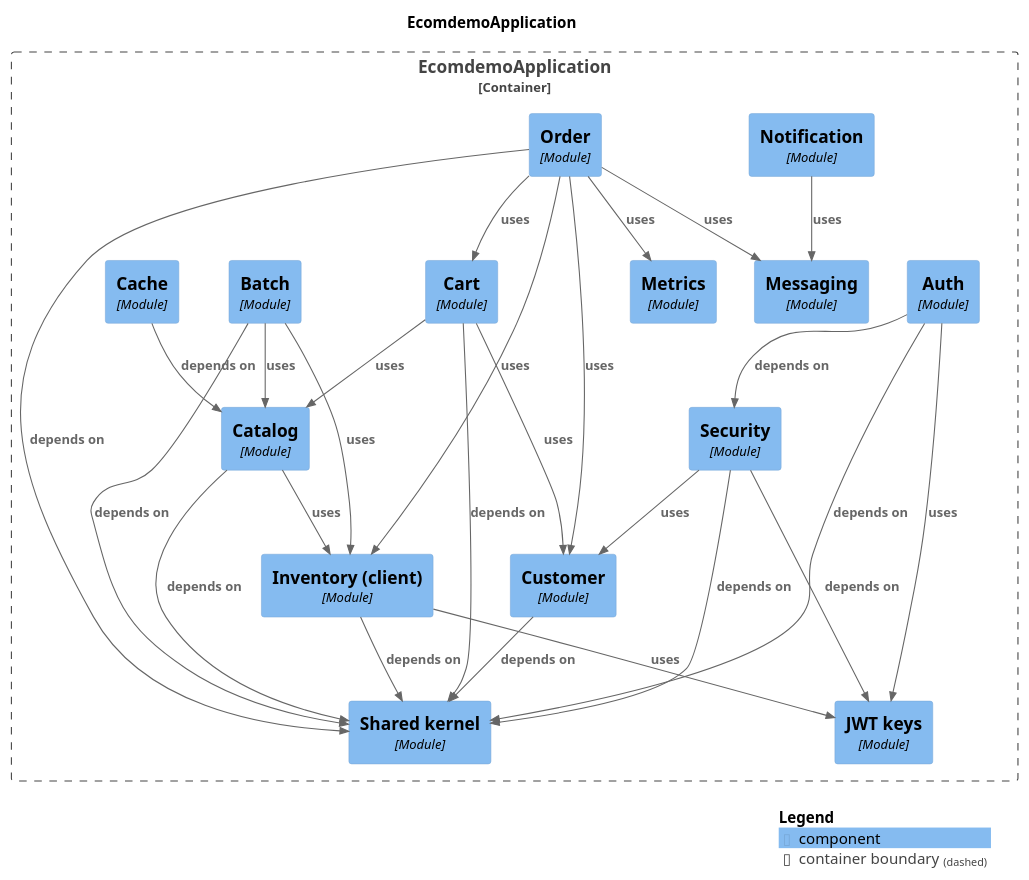
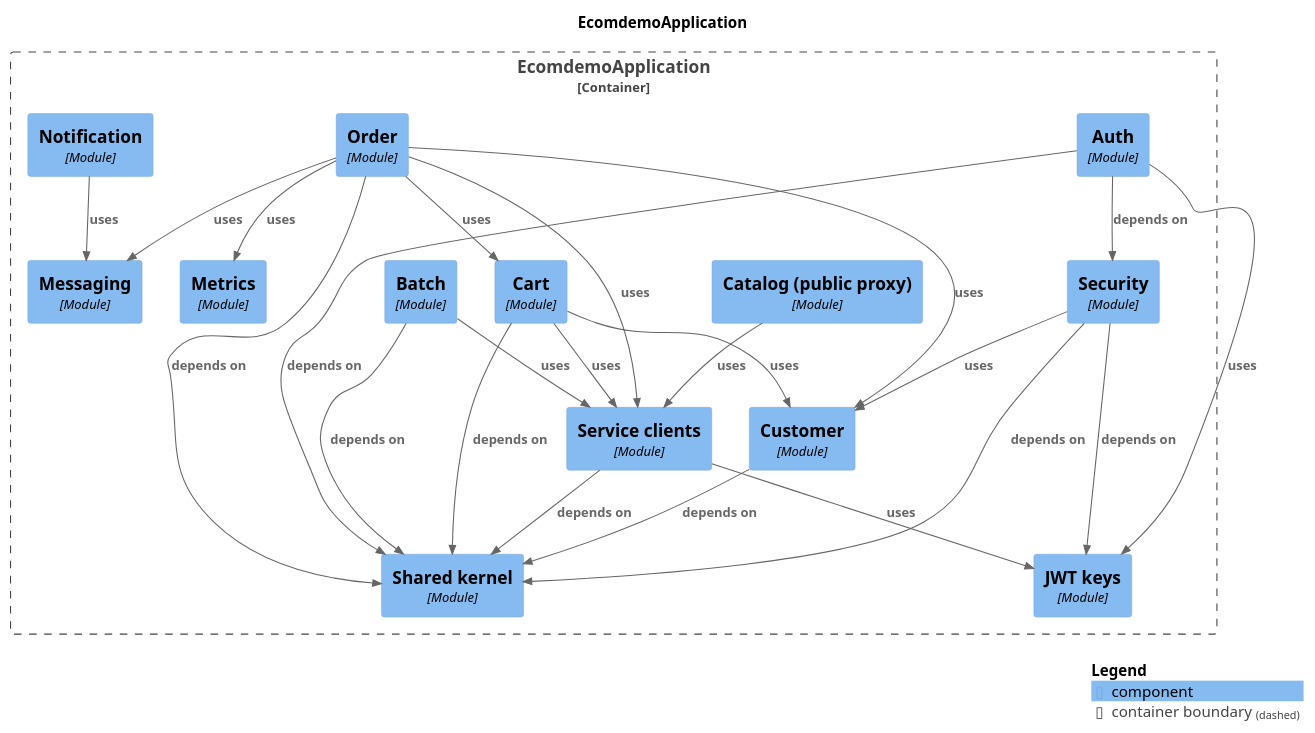
Before and after one commit to mr-sujay-patil/ecomdemo: the diagram in docs/modules/components.puml, drawn with PlantUML. The commit also changed 91 other files, not shown here.

First line of the commit message:
feat(catalog): extract catalog-service, taking the cache with it

```diff
--- a/docs/modules/components.puml
+++ b/docs/modules/components.puml
@@ -1,55 +1,51 @@
 @startuml
 set separator none
 title EcomdemoApplication
 
 top to bottom direction
 
 !include <C4/C4>
 !include <C4/C4_Context>
 !include <C4/C4_Component>
 
 Container_Boundary("EcomdemoApplication.EcomdemoApplication_boundary", "EcomdemoApplication", $tags="") {
   Component(EcomdemoApplication.EcomdemoApplication.Notification, "Notification", $techn="Module", $descr="", $tags="", $link="")
-  Component(EcomdemoApplication.EcomdemoApplication.Catalog, "Catalog", $techn="Module", $descr="", $tags="", $link="")
+  Component(EcomdemoApplication.EcomdemoApplication.Batch, "Batch", $techn="Module", $descr="", $tags="", $link="")
+  Component(EcomdemoApplication.EcomdemoApplication.Cart, "Cart", $techn="Module", $descr="", $tags="", $link="")
+  Component(EcomdemoApplication.EcomdemoApplication.Catalogpublicproxy, "Catalog (public proxy)", $techn="Module", $descr="", $tags="", $link="")
   Component(EcomdemoApplication.EcomdemoApplication.Security, "Security", $techn="Module", $descr="", $tags="", $link="")
   Component(EcomdemoApplication.EcomdemoApplication.Auth, "Auth", $techn="Module", $descr="", $tags="", $link="")
-  Component(EcomdemoApplication.EcomdemoApplication.Batch, "Batch", $techn="Module", $descr="", $tags="", $link="")
-  Component(EcomdemoApplication.EcomdemoApplication.Cache, "Cache", $techn="Module", $descr="", $tags="", $link="")
-  Component(EcomdemoApplication.EcomdemoApplication.Cart, "Cart", $techn="Module", $descr="", $tags="", $link="")
   Component(EcomdemoApplication.EcomdemoApplication.Order, "Order", $techn="Module", $descr="", $tags="", $link="")
   Component(EcomdemoApplication.EcomdemoApplication.JWTkeys, "JWT keys", $techn="Module", $descr="", $tags="", $link="")
   Component(EcomdemoApplication.EcomdemoApplication.Messaging, "Messaging", $techn="Module", $descr="", $tags="", $link="")
   Component(EcomdemoApplication.EcomdemoApplication.Metrics, "Metrics", $techn="Module", $descr="", $tags="", $link="")
   Component(EcomdemoApplication.EcomdemoApplication.Sharedkernel, "Shared kernel", $techn="Module", $descr="", $tags="", $link="")
+  Component(EcomdemoApplication.EcomdemoApplication.Serviceclients, "Service clients", $techn="Module", $descr="", $tags="", $link="")
   Component(EcomdemoApplication.EcomdemoApplication.Customer, "Customer", $techn="Module", $descr="", $tags="", $link="")
-  Component(EcomdemoApplication.EcomdemoApplication.Inventoryclient, "Inventory (client)", $techn="Module", $descr="", $tags="", $link="")
 }
 
 Rel(EcomdemoApplication.EcomdemoApplication.Auth, EcomdemoApplication.EcomdemoApplication.JWTkeys, "uses", $techn="", $tags="", $link="")
 Rel(EcomdemoApplication.EcomdemoApplication.Auth, EcomdemoApplication.EcomdemoApplication.Security, "depends on", $techn="", $tags="", $link="")
 Rel(EcomdemoApplication.EcomdemoApplication.Auth, EcomdemoApplication.EcomdemoApplication.Sharedkernel, "depends on", $techn="", $tags="", $link="")
-Rel(EcomdemoApplication.EcomdemoApplication.Batch, EcomdemoApplication.EcomdemoApplication.Catalog, "uses", $techn="", $tags="", $link="")
-Rel(EcomdemoApplication.EcomdemoApplication.Batch, EcomdemoApplication.EcomdemoApplication.Inventoryclient, "uses", $techn="", $tags="", $link="")
+Rel(EcomdemoApplication.EcomdemoApplication.Batch, EcomdemoApplication.EcomdemoApplication.Serviceclients, "uses", $techn="", $tags="", $link="")
 Rel(EcomdemoApplication.EcomdemoApplication.Batch, EcomdemoApplication.EcomdemoApplication.Sharedkernel, "depends on", $techn="", $tags="", $link="")
-Rel(EcomdemoApplication.EcomdemoApplication.Cache, EcomdemoApplication.EcomdemoApplication.Catalog, "depends on", $techn="", $tags="", $link="")
-Rel(EcomdemoApplication.EcomdemoApplication.Cart, EcomdemoApplication.EcomdemoApplication.Catalog, "uses", $techn="", $tags="", $link="")
 Rel(EcomdemoApplication.EcomdemoApplication.Cart, EcomdemoApplication.EcomdemoApplication.Customer, "uses", $techn="", $tags="", $link="")
+Rel(EcomdemoApplication.EcomdemoApplication.Cart, EcomdemoApplication.EcomdemoApplication.Serviceclients, "uses", $techn="", $tags="", $link="")
 Rel(EcomdemoApplication.EcomdemoApplication.Cart, EcomdemoApplication.EcomdemoApplication.Sharedkernel, "depends on", $techn="", $tags="", $link="")
-Rel(EcomdemoApplication.EcomdemoApplication.Catalog, EcomdemoApplication.EcomdemoApplication.Inventoryclient, "uses", $techn="", $tags="", $link="")
-Rel(EcomdemoApplication.EcomdemoApplication.Catalog, EcomdemoApplication.EcomdemoApplication.Sharedkernel, "depends on", $techn="", $tags="", $link="")
+Rel(EcomdemoApplication.EcomdemoApplication.Catalogpublicproxy, EcomdemoApplication.EcomdemoApplication.Serviceclients, "uses", $techn="", $tags="", $link="")
 Rel(EcomdemoApplication.EcomdemoApplication.Customer, EcomdemoApplication.EcomdemoApplication.Sharedkernel, "depends on", $techn="", $tags="", $link="")
-Rel(EcomdemoApplication.EcomdemoApplication.Inventoryclient, EcomdemoApplication.EcomdemoApplication.JWTkeys, "uses", $techn="", $tags="", $link="")
-Rel(EcomdemoApplication.EcomdemoApplication.Inventoryclient, EcomdemoApplication.EcomdemoApplication.Sharedkernel, "depends on", $techn="", $tags="", $link="")
 Rel(EcomdemoApplication.EcomdemoApplication.Notification, EcomdemoApplication.EcomdemoApplication.Messaging, "uses", $techn="", $tags="", $link="")
 Rel(EcomdemoApplication.EcomdemoApplication.Order, EcomdemoApplication.EcomdemoApplication.Cart, "uses", $techn="", $tags="", $link="")
 Rel(EcomdemoApplication.EcomdemoApplication.Order, EcomdemoApplication.EcomdemoApplication.Customer, "uses", $techn="", $tags="", $link="")
-Rel(EcomdemoApplication.EcomdemoApplication.Order, EcomdemoApplication.EcomdemoApplication.Inventoryclient, "uses", $techn="", $tags="", $link="")
 Rel(EcomdemoApplication.EcomdemoApplication.Order, EcomdemoApplication.EcomdemoApplication.Messaging, "uses", $techn="", $tags="", $link="")
 Rel(EcomdemoApplication.EcomdemoApplication.Order, EcomdemoApplication.EcomdemoApplication.Metrics, "uses", $techn="", $tags="", $link="")
+Rel(EcomdemoApplication.EcomdemoApplication.Order, EcomdemoApplication.EcomdemoApplication.Serviceclients, "uses", $techn="", $tags="", $link="")
 Rel(EcomdemoApplication.EcomdemoApplication.Order, EcomdemoApplication.EcomdemoApplication.Sharedkernel, "depends on", $techn="", $tags="", $link="")
 Rel(EcomdemoApplication.EcomdemoApplication.Security, EcomdemoApplication.EcomdemoApplication.Customer, "uses", $techn="", $tags="", $link="")
 Rel(EcomdemoApplication.EcomdemoApplication.Security, EcomdemoApplication.EcomdemoApplication.JWTkeys, "depends on", $techn="", $tags="", $link="")
 Rel(EcomdemoApplication.EcomdemoApplication.Security, EcomdemoApplication.EcomdemoApplication.Sharedkernel, "depends on", $techn="", $tags="", $link="")
+Rel(EcomdemoApplication.EcomdemoApplication.Serviceclients, EcomdemoApplication.EcomdemoApplication.JWTkeys, "uses", $techn="", $tags="", $link="")
+Rel(EcomdemoApplication.EcomdemoApplication.Serviceclients, EcomdemoApplication.EcomdemoApplication.Sharedkernel, "depends on", $techn="", $tags="", $link="")
 
 SHOW_LEGEND(true)
 @enduml
```
